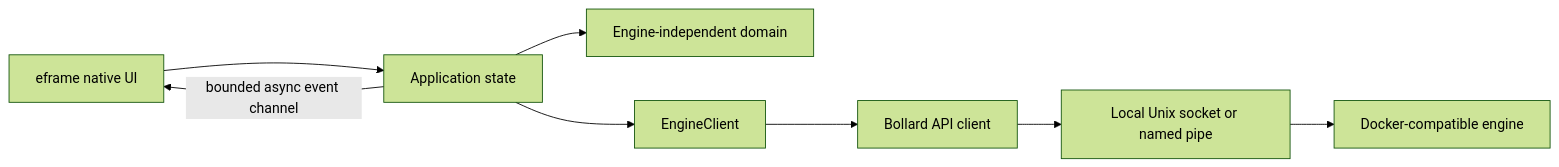
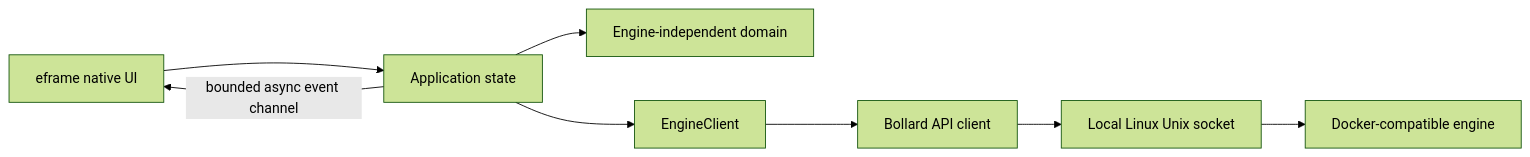
Before and after one commit to SzymonR1/ferrum-desktop: the diagram in docs/src/architecture/overview.md, drawn with Mermaid (forest theme). The commit also changed other lines of this file and 13 other files, not shown here.

````diff
--- a/docs/src/architecture/overview.md
+++ b/docs/src/architecture/overview.md
@@ -5,10 +5,10 @@
 ```mermaid
 flowchart LR
     UI[eframe native UI] --> APP[Application state]
     APP --> CORE[Engine-independent domain]
     APP --> CLIENT[EngineClient]
     CLIENT --> BOLLARD[Bollard API client]
-    BOLLARD --> SOCKET[Local Unix socket or named pipe]
+    BOLLARD --> SOCKET[Local Linux Unix socket]
     SOCKET --> ENGINE[Docker-compatible engine]
     APP -->|bounded async event channel| UI
 ```
````
